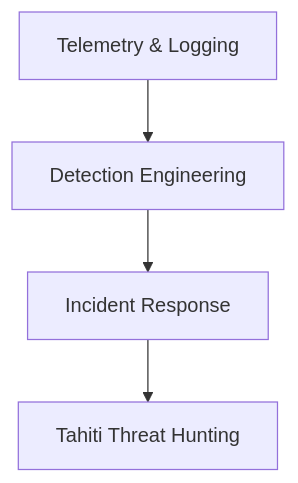
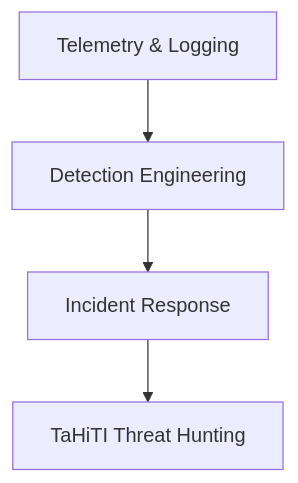
Before and after one commit to rjohnsen/threathunting-book: the second of 2 diagrams in content/part-1/frameworks/tahiti.md, drawn with Mermaid. The commit also changed other lines of this file and 3 other files, not shown here.

````diff
--- a/content/part-1/frameworks/tahiti.md
+++ b/content/part-1/frameworks/tahiti.md
@@ -218,11 +215,11 @@
 ```mermaid
 graph TD
-    A[Telemetry & Logging]
-    B[Detection Engineering]
-    C[Incident Response]
-    D[Tahiti Threat Hunting]
+  A[Telemetry & Logging]
+  B[Detection Engineering]
+  C[Incident Response]
+  D[TaHiTI Threat Hunting]
 
-    A --> B
-    B --> C
-    C --> D
+  A --> B
+  B --> C
+  C --> D
 ```
````
